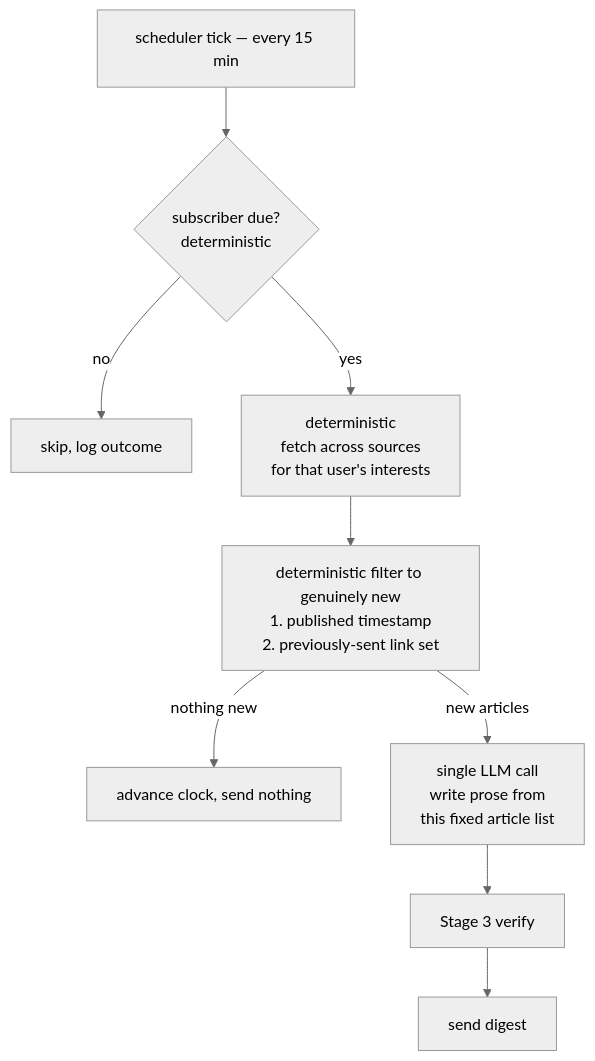
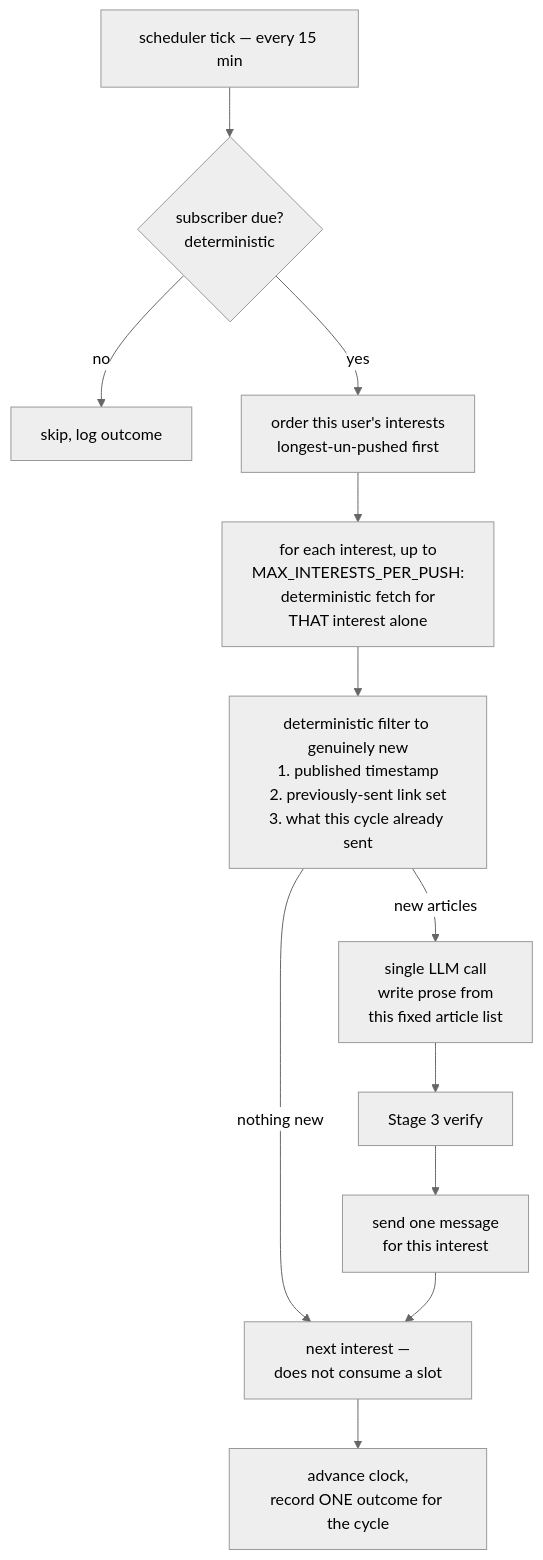
The fifth of 6 diagrams in docs/system-overview.md (nankma/argus), drawn with Mermaid (neutral theme) before and after one commit. The commit also changed other lines of this file and 13 other files, not shown here.

````diff
--- a/docs/system-overview.md
+++ b/docs/system-overview.md
@@ -340,11 +340,14 @@
 ```mermaid
 flowchart TB
     T["scheduler tick — every 15 min"] --> D{"subscriber due?<br/>deterministic"}
     D -->|no| SKIP["skip, log outcome"]
-    D -->|yes| F["deterministic<br/>fetch across sources<br/>for that user's interests"]
-    F --> FILT["deterministic filter to genuinely new<br/>1. published timestamp<br/>2. previously-sent link set"]
-    FILT -->|nothing new| ADV["advance clock, send nothing"]
+    D -->|yes| ROT["order this user's interests<br/>longest-un-pushed first"]
+    ROT --> F["for each interest, up to<br/>MAX_INTERESTS_PER_PUSH:<br/>deterministic fetch for<br/>THAT interest alone"]
+    F --> FILT["deterministic filter to genuinely new<br/>1. published timestamp<br/>2. previously-sent link set<br/>3. what this cycle already sent"]
+    FILT -->|nothing new| NEXT["next interest —<br/>does not consume a slot"]
     FILT -->|new articles| W["single LLM call<br/>write prose from<br/>this fixed article list"]
     W --> V["Stage 3 verify"]
-    V --> SEND["send digest"]
+    V --> SEND["send one message<br/>for this interest"]
+    SEND --> NEXT
+    NEXT --> ADV["advance clock,<br/>record ONE outcome for the cycle"]
 ```
````
